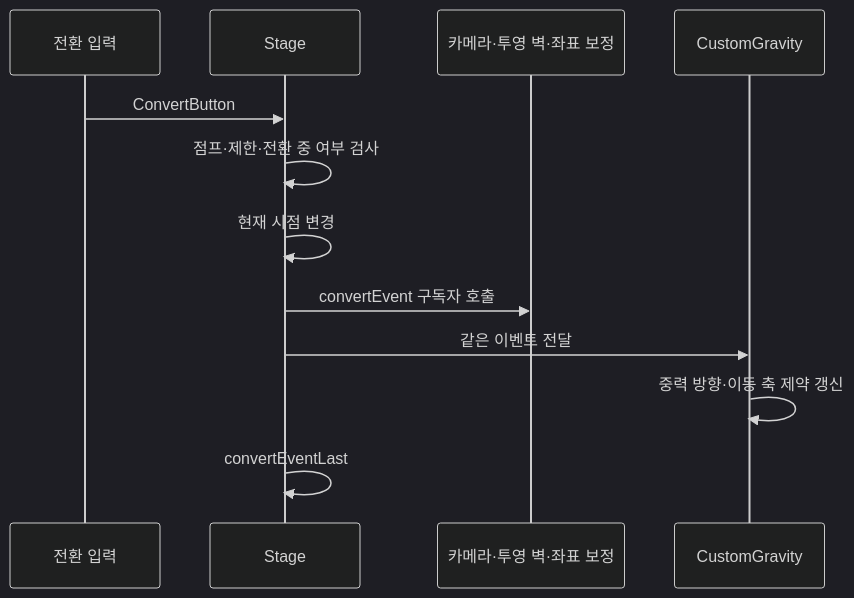
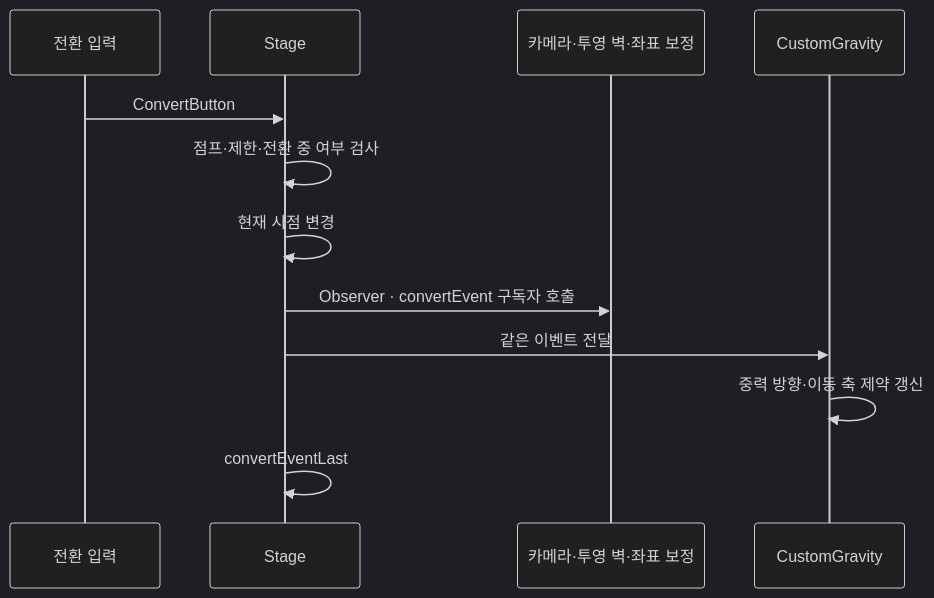
Before and after one commit to 1Seong/SQUARE-ERAUQS: the diagram in portfolio/view-gravity/README.md, drawn with Mermaid (dark theme). The commit also changed other lines of this file and 2 other files, not shown here.

Commit message:
docs: explain verified patterns and implementation scope

````diff
--- a/portfolio/view-gravity/README.md
+++ b/portfolio/view-gravity/README.md
@@ -7,14 +7,14 @@
 ```mermaid
 sequenceDiagram
   participant I as 전환 입력
   participant S as Stage
   participant V as 카메라·투영 벽·좌표 보정
   participant G as CustomGravity
   I->>S: ConvertButton
   S->>S: 점프·제한·전환 중 여부 검사
   S->>S: 현재 시점 변경
-  S->>V: convertEvent 구독자 호출
+  S->>V: Observer · convertEvent 구독자 호출
   S->>G: 같은 이벤트 전달
   G->>G: 중력 방향·이동 축 제약 갱신
   S->>S: convertEventLast
 ```
````
